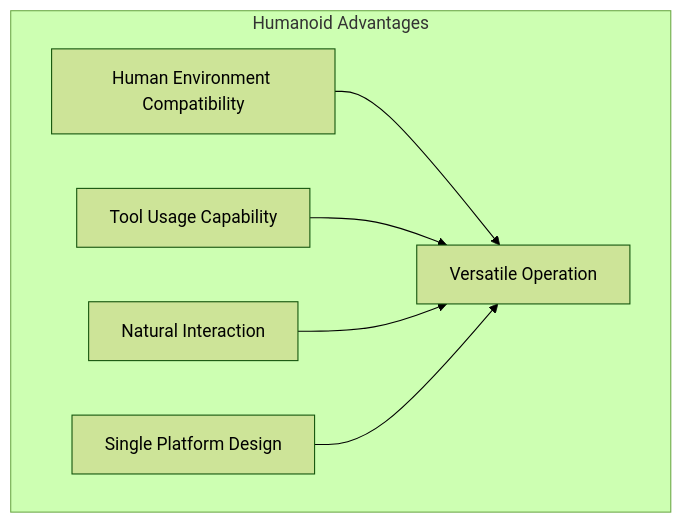
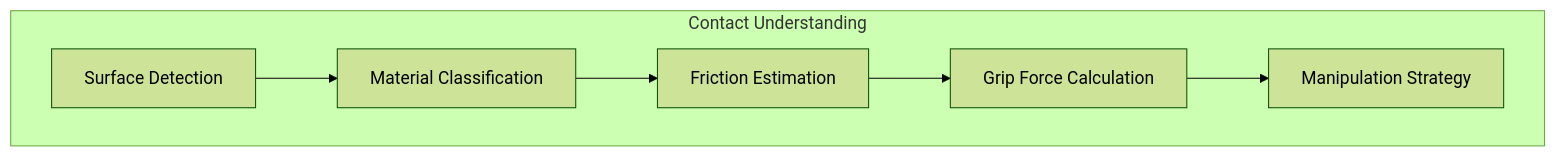
One commit to farazahmed7530/physical-ai-textbook changed the third of 7 diagrams in textbook/docs/introduction/physical-ai.mdx. Above: the diagram before and after it, drawn with Mermaid (forest theme). The commit also changed other lines of this file and 30 other files, not shown here.

````diff
--- a/textbook/docs/introduction/physical-ai.mdx
+++ b/textbook/docs/introduction/physical-ai.mdx
@@ -78,9 +189,9 @@
 ```mermaid
 graph TB
-    subgraph "Humanoid Advantages"
-        A[Human Environment Compatibility] --> E[Versatile Operation]
-        B[Tool Usage Capability] --> E
-        C[Natural Interaction] --> E
-        D[Single Platform Design] --> E
+    subgraph "Contact Understanding"
+        A[Surface Detection] --> B[Material Classification]
+        B --> C[Friction Estimation]
+        C --> D[Grip Force Calculation]
+        D --> E[Manipulation Strategy]
     end
 ```
````
